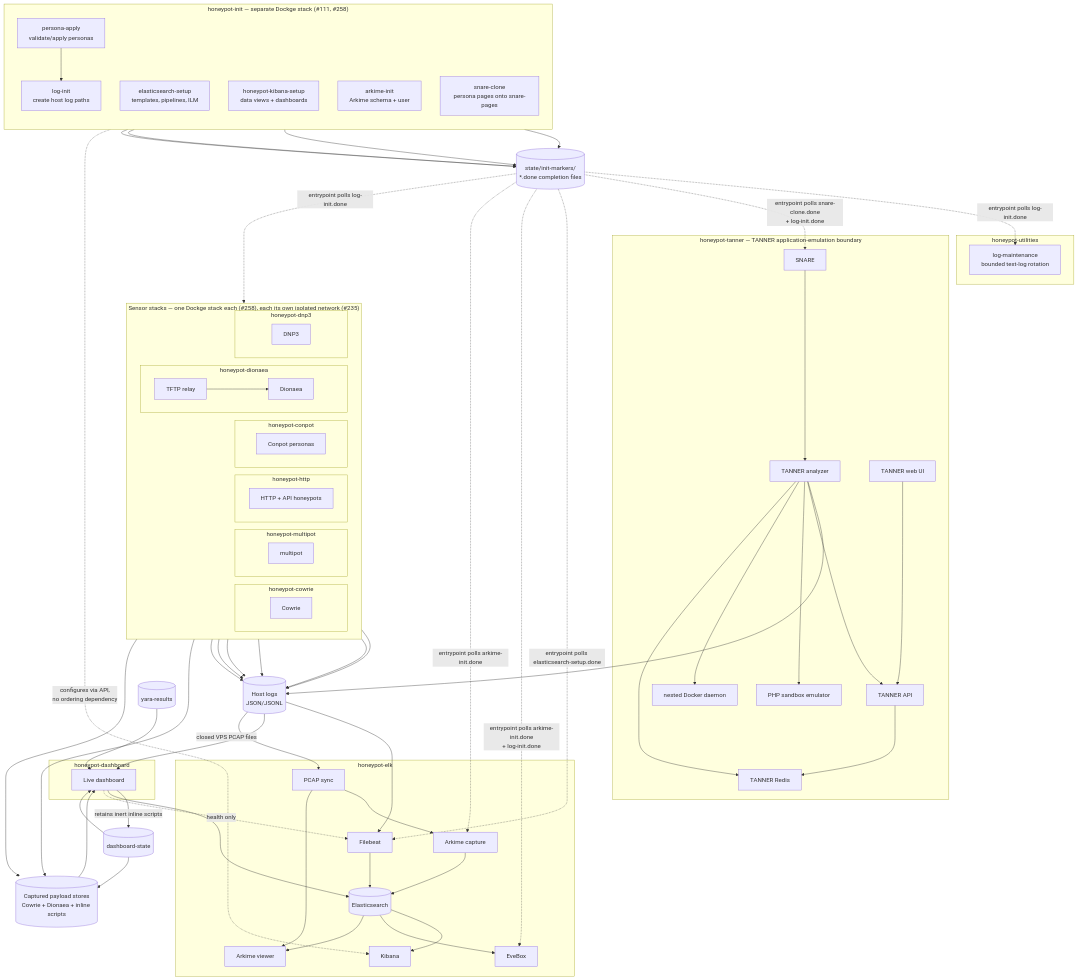
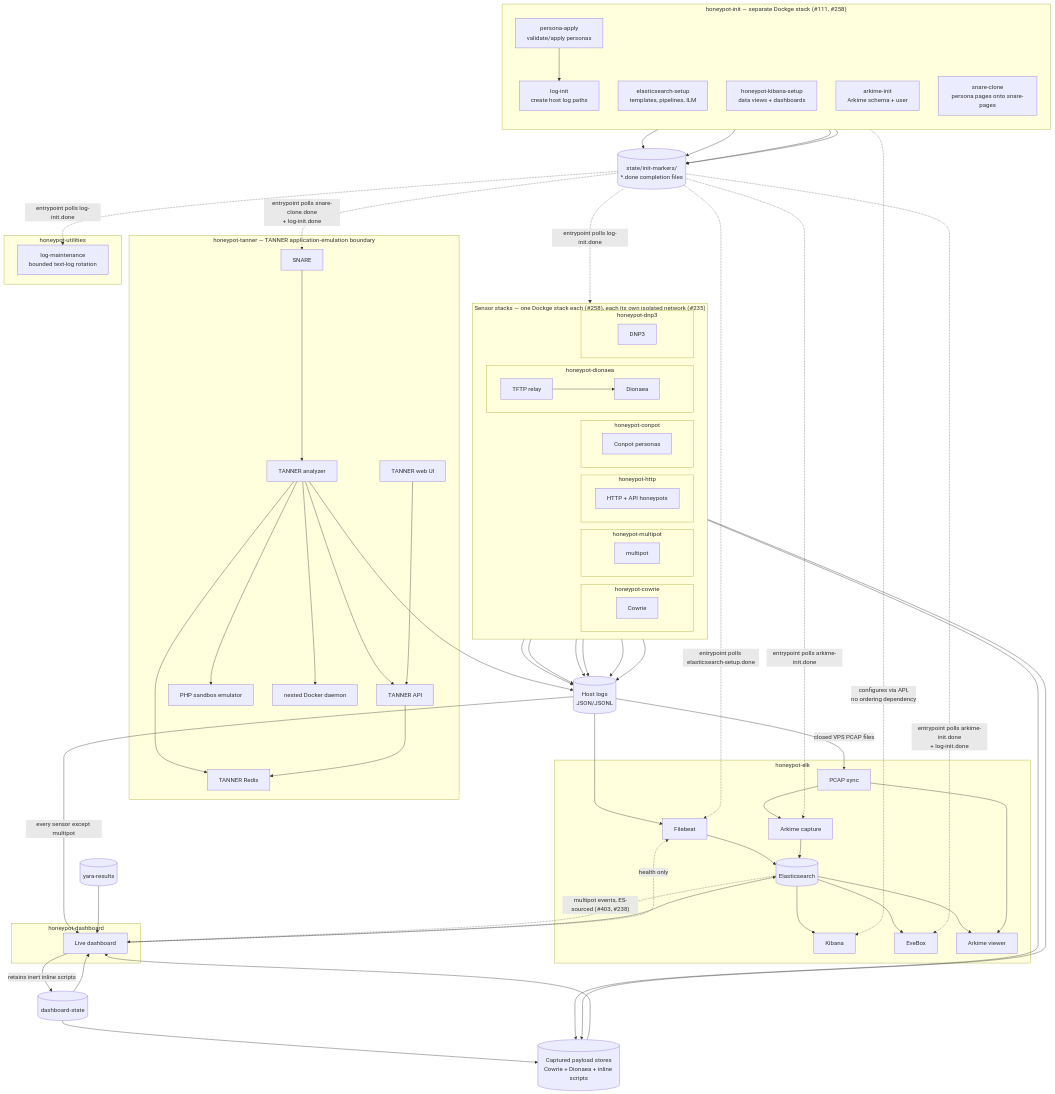
Before and after one commit to Xore/APIARY: the second of 7 diagrams in docs/ARCHITECTURE.md, drawn with Mermaid. The commit also changed other lines of this file, not shown here.

First line of the commit message:
docs: update ARCHITECTURE.md for #238's new sensors + add ES ingest pipeline diagram

```diff
--- a/docs/ARCHITECTURE.md
+++ b/docs/ARCHITECTURE.md
@@ -243,11 +243,12 @@
   es --> kibana
   kibanainit -.->|"configures via API,<br/>no ordering dependency"| kibana
 
-  logs --> dashboard
+  logs -->|"every sensor except multipot"| dashboard
   payloads --> dashboard
   dashboardState --> dashboard
   yaraResults --> dashboard
   dashboard --> es
+  es -.->|"multipot events, ES-sourced (#403, #238)"| dashboard
   dashboard -.->|"health only"| filebeat
 
   es --> evebox
```
